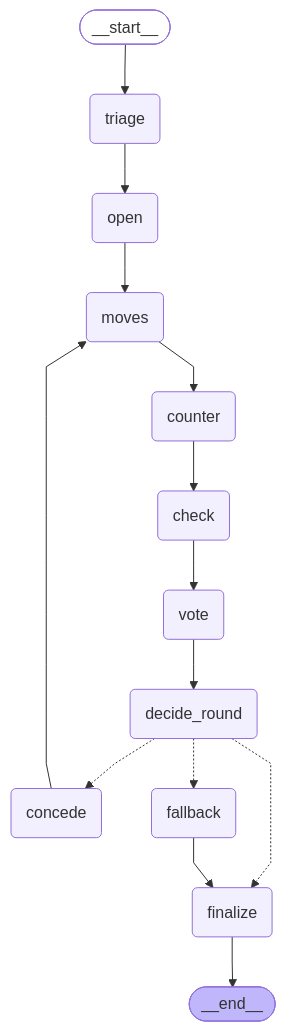
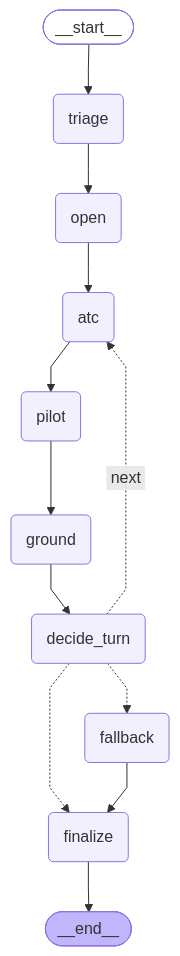
The diagram in docs/graph.mmd (zhihaohong52/autonomous_sg), drawn with Mermaid before and after one commit. The commit also changed 339 other files, not shown here.

First line of the commit message:
Updated Challenge 2 spec: flights.csv row input, 3 agents (ATC, Pilot, Ground) with one AGENT_TURN per turn, workbook limits, IEM weather on demand

```diff
--- a/docs/graph.mmd
+++ b/docs/graph.mmd
@@ -1,34 +1,30 @@
 ---
 config:
   flowchart:
     curve: linear
 ---
 graph TD;
 	__start__([<p>__start__</p>]):::first
 	triage(triage)
 	open(open)
-	moves(moves)
-	counter(counter)
-	check(check)
-	vote(vote)
-	decide_round(decide_round)
-	concede(concede)
+	atc(atc)
+	pilot(pilot)
+	ground(ground)
+	decide_turn(decide_turn)
 	fallback(fallback)
 	finalize(finalize)
 	__end__([<p>__end__</p>]):::last
 	__start__ --> triage;
-	check --> vote;
-	concede --> moves;
-	counter --> check;
-	decide_round -.-> concede;
-	decide_round -.-> fallback;
-	decide_round -.-> finalize;
+	atc --> pilot;
+	decide_turn -. &nbsp;next&nbsp; .-> atc;
+	decide_turn -.-> fallback;
+	decide_turn -.-> finalize;
 	fallback --> finalize;
-	moves --> counter;
-	open --> moves;
+	ground --> decide_turn;
+	open --> atc;
+	pilot --> ground;
 	triage --> open;
-	vote --> decide_round;
 	finalize --> __end__;
 	classDef default fill:#f2f0ff,line-height:1.2
 	classDef first fill-opacity:0
 	classDef last fill:#bfb6fc
```
